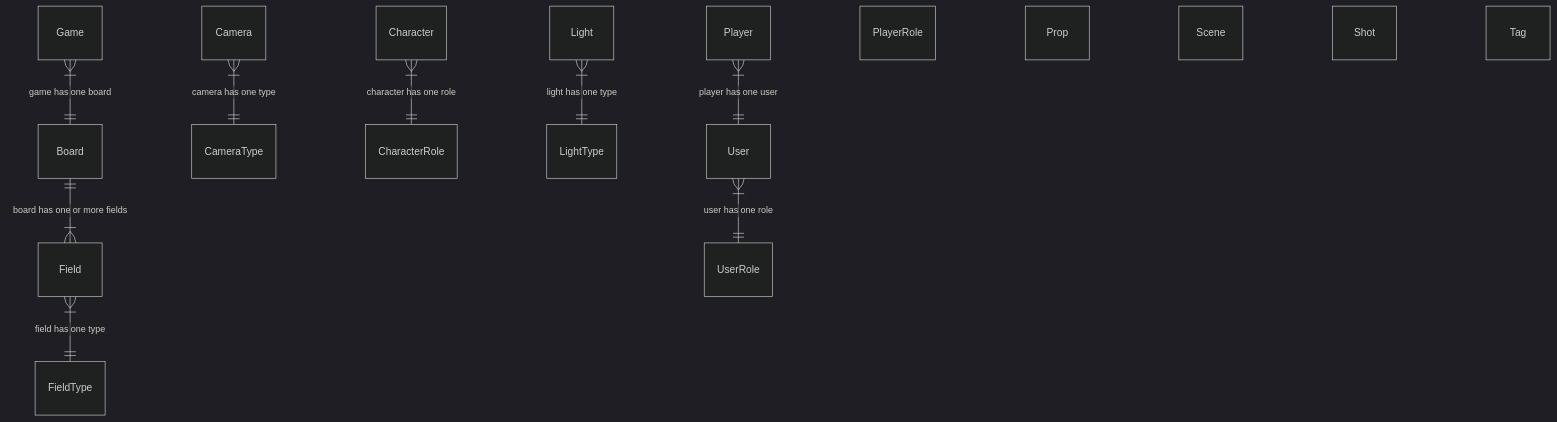
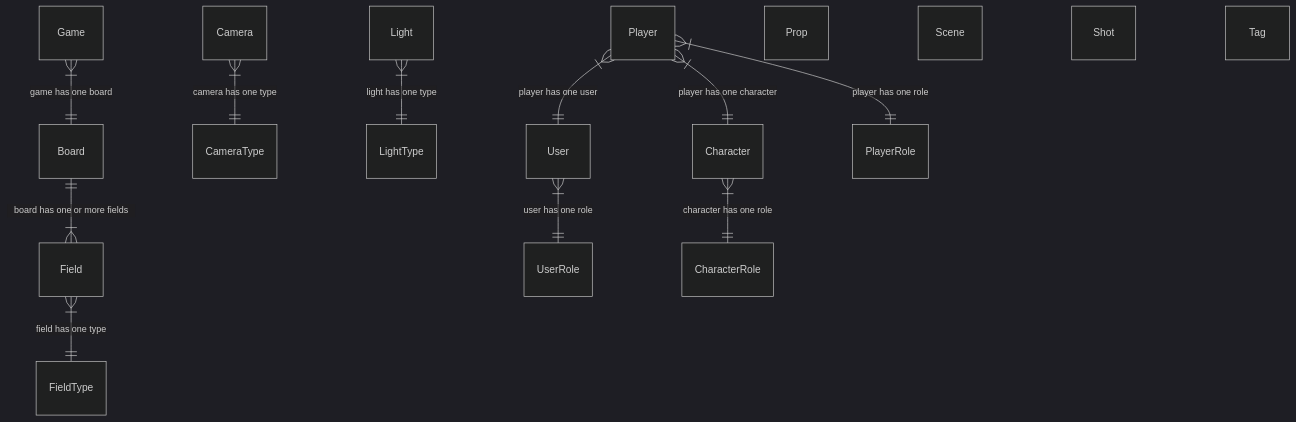
The diagram in 300/900/README.md (vanHeemstraSystems/flask-babylonjs), drawn with Mermaid (dark theme) before and after one commit.

````diff
--- a/300/900/README.md
+++ b/300/900/README.md
@@ -3,22 +3,24 @@
 ``` mermaid
 erDiagram
     Board ||--|{ Field : "board has one or more fields"
     Camera }|--|| CameraType : "camera has one type"
     CameraType
     Character }|--|| CharacterRole : "character has one role"
     CharacterRole
     Field }|--|| FieldType : "field has one type"
     Field
     FieldType
     Game }|--|| Board : "game has one board"
     Light }|--|| LightType : "light has one type"
     LightType
     Player }|--|| User : "player has one user"
+    Player }|--|| Character : "player has one character"
+    Player }|--|| PlayerRole : "player has one role"
     PlayerRole
     Prop
     Scene
     Shot
     Tag
     User }|--|| UserRole : "user has one role"
     UserRole
 ```
````
